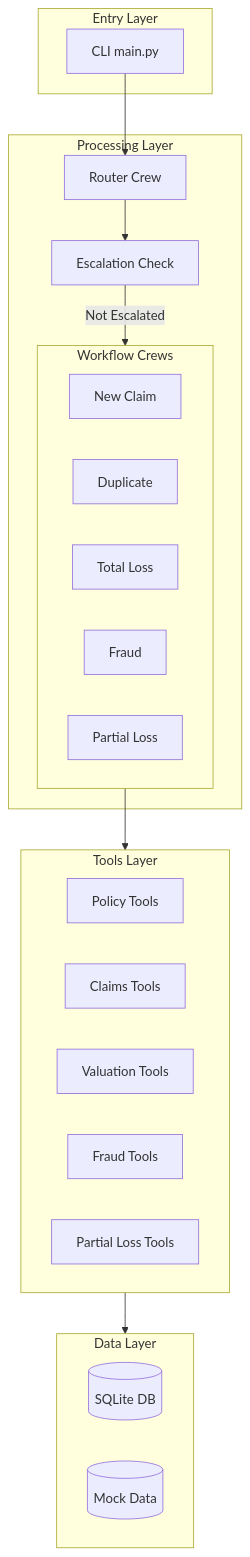
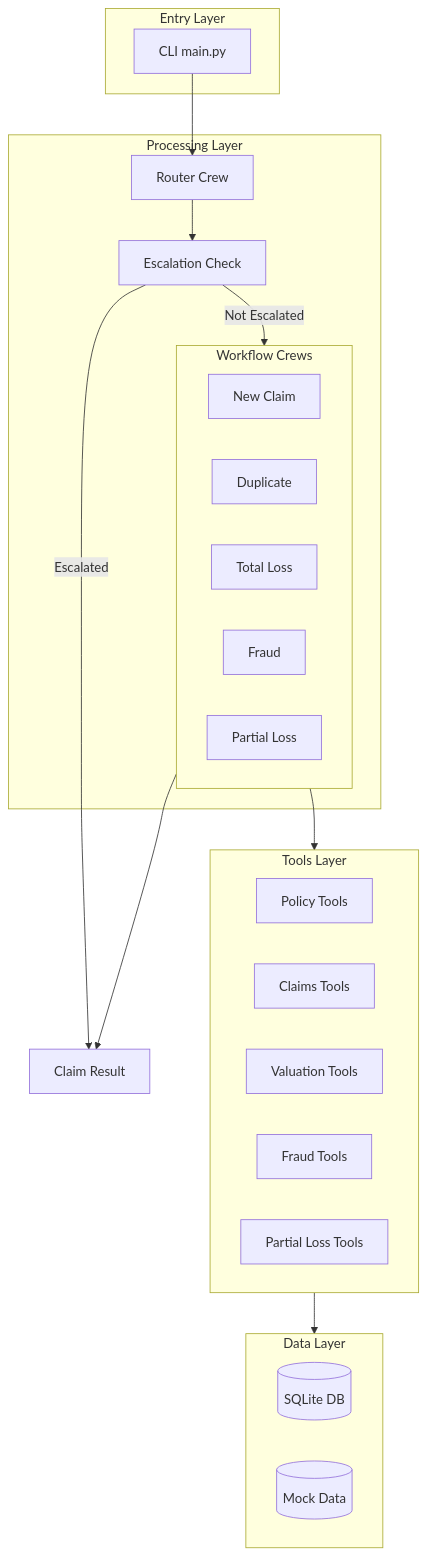
The first of 2 diagrams in docs/architecture.md (csmangum/auto-agent), drawn with Mermaid before and after one commit. The commit also changed other lines of this file, not shown here.

First line of the commit message:
Refine architecture doc: fix diagram, add Data Flow/Observability, expand Agent Composition

````diff
--- a/docs/architecture.md
+++ b/docs/architecture.md
@@ -7,37 +7,41 @@
 ```mermaid
 flowchart TB
     subgraph Entry["Entry Layer"]
         CLI[CLI main.py]
     end
     
     subgraph Processing["Processing Layer"]
         Router[Router Crew]
         Escalation[Escalation Check]
         
         subgraph Workflows["Workflow Crews"]
             New[New Claim]
             Dup[Duplicate]
             TL[Total Loss]
             Fraud[Fraud]
             PL[Partial Loss]
         end
     end
     
     subgraph Tools["Tools Layer"]
         Policy[Policy Tools]
         Claims[Claims Tools]
         Valuation[Valuation Tools]
         FraudTools[Fraud Tools]
         PLTools[Partial Loss Tools]
     end
     
     subgraph Data["Data Layer"]
         SQLite[(SQLite DB)]
         MockDB[(Mock Data)]
     end
     
+    ClaimResult[Claim Result]
+
     CLI --> Router --> Escalation
+    Escalation -->|Escalated| ClaimResult
     Escalation -->|Not Escalated| Workflows
+    Workflows --> ClaimResult
     Workflows --> Tools
     Tools --> Data
 ```
````
